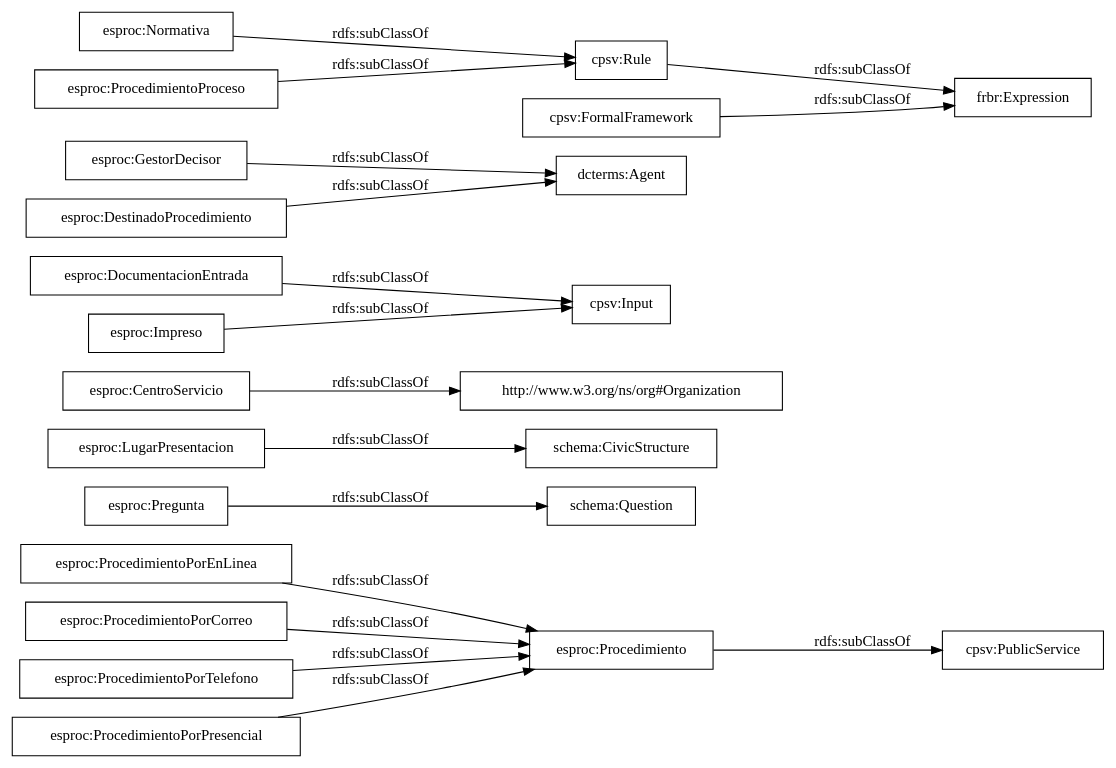
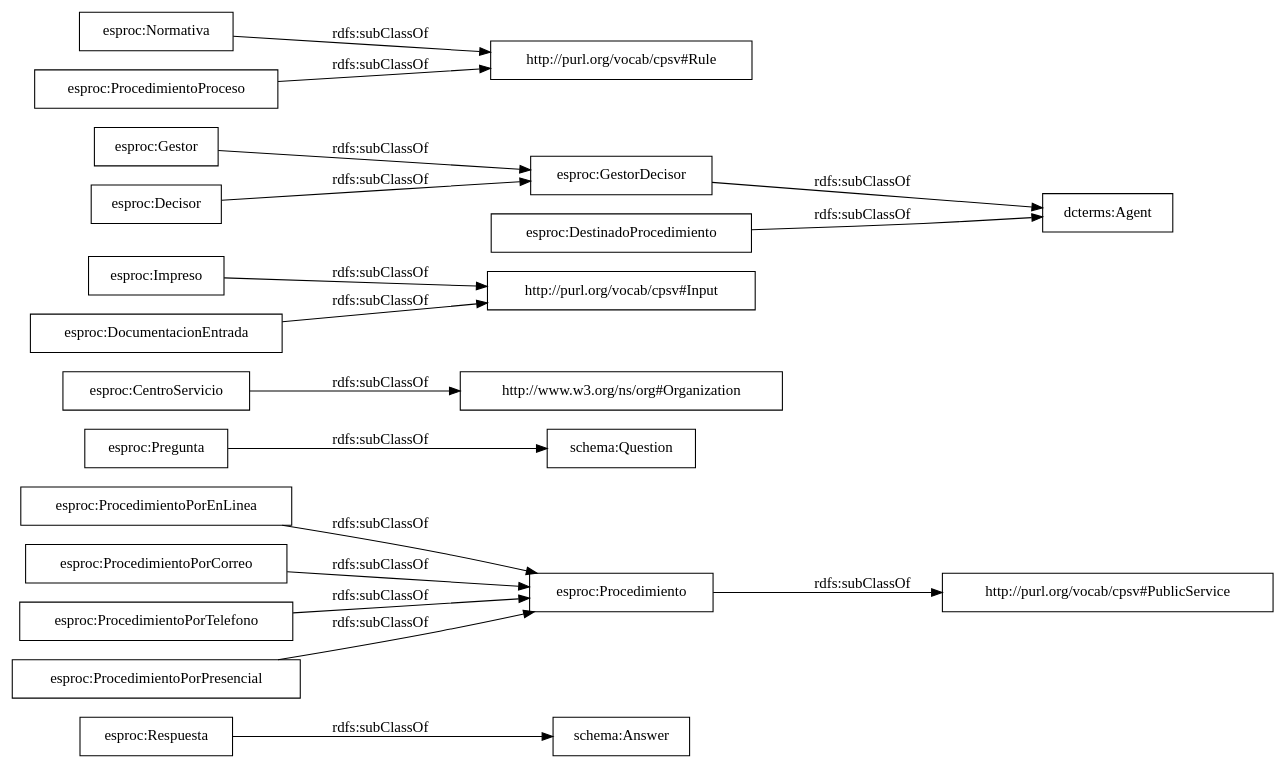
The diagram in OnToology/servicio.owl/diagrams/ar2dtool-taxonomy/servicio.owl.png.dot (opencitydata/sector-publico-servicio), drawn with Graphviz before and after one commit. The commit also changed 16 other files, not shown here.

```diff
--- a/OnToology/servicio.owl/diagrams/ar2dtool-taxonomy/servicio.owl.png.dot
+++ b/OnToology/servicio.owl/diagrams/ar2dtool-taxonomy/servicio.owl.png.dot
@@ -1,22 +1,22 @@
 digraph ar2dtool_diagram { 
 rankdir=LR;
 size="1000"
-node [shape = rectangle, color="black"]; "esproc:ProcedimientoPorEnLinea" "schema:Question" "schema:CivicStructure" "esproc:CentroServicio" "esproc:DocumentacionEntrada" "esproc:GestorDecisor" "esproc:Impreso" "esproc:DestinadoProcedimiento" "esproc:ProcedimientoPorCorreo" "esproc:Normativa" "esproc:ProcedimientoPorTelefono" "esproc:Procedimiento" "esproc:ProcedimientoProceso" "esproc:Pregunta" "http://www.w3.org/ns/org#Organization" "esproc:LugarPresentacion" "esproc:ProcedimientoPorPresencial" "cpsv:FormalFramework" "cpsv:Input" "cpsv:Rule" "cpsv:PublicService" ; /*classes style*/
+node [shape = rectangle, color="black"]; "schema:Answer" "esproc:ProcedimientoPorEnLinea" "schema:Question" "esproc:CentroServicio" "esproc:Respuesta" "esproc:Impreso" "esproc:Gestor" "esproc:GestorDecisor" "esproc:DocumentacionEntrada" "esproc:DestinadoProcedimiento" "esproc:ProcedimientoPorCorreo" "esproc:Normativa" "esproc:ProcedimientoPorTelefono" "esproc:Procedimiento" "esproc:ProcedimientoProceso" "esproc:Decisor" "esproc:Pregunta" "http://www.w3.org/ns/org#Organization" "esproc:ProcedimientoPorPresencial" ; /*classes style*/
+	"esproc:Gestor" -> "esproc:GestorDecisor" [ label = "rdfs:subClassOf" ];
 	"esproc:ProcedimientoPorEnLinea" -> "esproc:Procedimiento" [ label = "rdfs:subClassOf" ];
 	"esproc:ProcedimientoPorPresencial" -> "esproc:Procedimiento" [ label = "rdfs:subClassOf" ];
 	"esproc:DestinadoProcedimiento" -> "dcterms:Agent" [ label = "rdfs:subClassOf" ];
 	"esproc:Pregunta" -> "schema:Question" [ label = "rdfs:subClassOf" ];
-	"esproc:Procedimiento" -> "cpsv:PublicService" [ label = "rdfs:subClassOf" ];
-	"esproc:Impreso" -> "cpsv:Input" [ label = "rdfs:subClassOf" ];
-	"esproc:ProcedimientoProceso" -> "cpsv:Rule" [ label = "rdfs:subClassOf" ];
+	"esproc:Procedimiento" -> "http://purl.org/vocab/cpsv#PublicService" [ label = "rdfs:subClassOf" ];
+	"esproc:Impreso" -> "http://purl.org/vocab/cpsv#Input" [ label = "rdfs:subClassOf" ];
+	"esproc:Decisor" -> "esproc:GestorDecisor" [ label = "rdfs:subClassOf" ];
+	"esproc:ProcedimientoProceso" -> "http://purl.org/vocab/cpsv#Rule" [ label = "rdfs:subClassOf" ];
+	"esproc:Respuesta" -> "schema:Answer" [ label = "rdfs:subClassOf" ];
 	"esproc:GestorDecisor" -> "dcterms:Agent" [ label = "rdfs:subClassOf" ];
+	"esproc:DocumentacionEntrada" -> "http://purl.org/vocab/cpsv#Input" [ label = "rdfs:subClassOf" ];
 	"esproc:ProcedimientoPorTelefono" -> "esproc:Procedimiento" [ label = "rdfs:subClassOf" ];
-	"cpsv:Rule" -> "frbr:Expression" [ label = "rdfs:subClassOf" ];
-	"esproc:DocumentacionEntrada" -> "cpsv:Input" [ label = "rdfs:subClassOf" ];
-	"cpsv:FormalFramework" -> "frbr:Expression" [ label = "rdfs:subClassOf" ];
-	"esproc:Normativa" -> "cpsv:Rule" [ label = "rdfs:subClassOf" ];
+	"esproc:Normativa" -> "http://purl.org/vocab/cpsv#Rule" [ label = "rdfs:subClassOf" ];
 	"esproc:ProcedimientoPorCorreo" -> "esproc:Procedimiento" [ label = "rdfs:subClassOf" ];
-	"esproc:LugarPresentacion" -> "schema:CivicStructure" [ label = "rdfs:subClassOf" ];
 	"esproc:CentroServicio" -> "http://www.w3.org/ns/org#Organization" [ label = "rdfs:subClassOf" ];
 
 }
```
